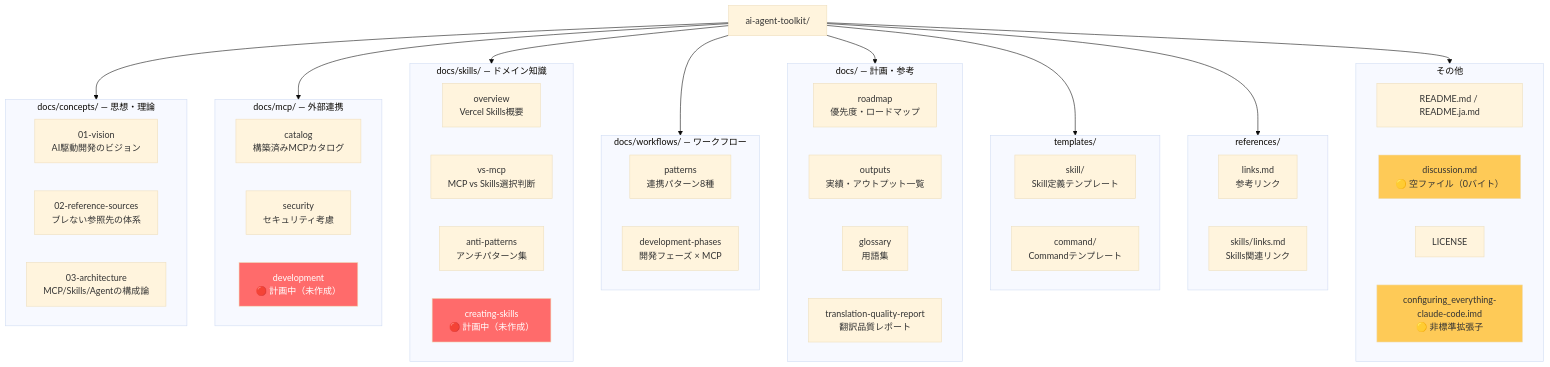
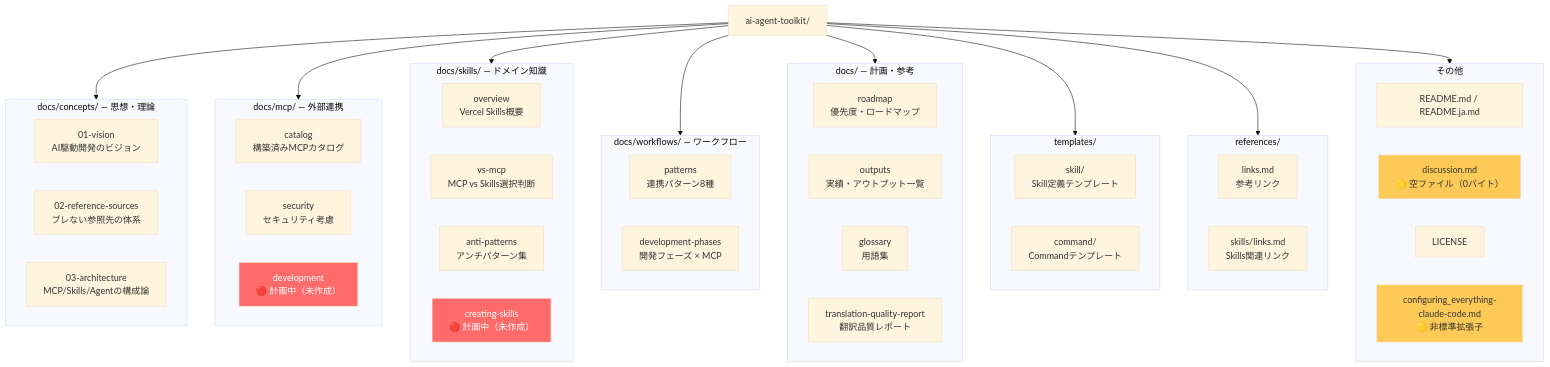
The first of 10 diagrams in ai-agent-toolkit-analysis.md (shuji-bonji/ai-agent-architecture), drawn with Mermaid (base theme) before and after one commit. The commit also changed other lines of this file and 16 other files, not shown here.

````diff
--- a/ai-agent-toolkit-analysis.md
+++ b/ai-agent-toolkit-analysis.md
@@ -17,66 +17,66 @@
 ```mermaid
 graph TB
     ROOT["ai-agent-toolkit/"]
 
     subgraph Concepts["docs/concepts/ — 思想・理論"]
         C1["01-vision<br/>AI駆動開発のビジョン"]
         C2["02-reference-sources<br/>ブレない参照先の体系"]
         C3["03-architecture<br/>MCP/Skills/Agentの構成論"]
     end
 
     subgraph MCP_Docs["docs/mcp/ — 外部連携"]
         M1["catalog<br/>構築済みMCPカタログ"]
         M2["security<br/>セキュリティ考慮"]
         M3["development<br/>🔴 計画中（未作成）"]
     end
 
     subgraph Skills_Docs["docs/skills/ — ドメイン知識"]
         S1["overview<br/>Vercel Skills概要"]
         S2["vs-mcp<br/>MCP vs Skills選択判断"]
         S3["anti-patterns<br/>アンチパターン集"]
         S4["creating-skills<br/>🔴 計画中（未作成）"]
     end
 
     subgraph Workflows_Docs["docs/workflows/ — ワークフロー"]
         W1["patterns<br/>連携パターン8種"]
         W2["development-phases<br/>開発フェーズ × MCP"]
     end
 
     subgraph Planning["docs/ — 計画・参考"]
         P1["roadmap<br/>優先度・ロードマップ"]
         P2["outputs<br/>実績・アウトプット一覧"]
         P3["glossary<br/>用語集"]
         P4["translation-quality-report<br/>翻訳品質レポート"]
     end
 
     subgraph Templates["templates/"]
         T1["skill/<br/>Skill定義テンプレート"]
         T2["command/<br/>Commandテンプレート"]
     end
 
     subgraph References["references/"]
         R1["links.md<br/>参考リンク"]
         R2["skills/links.md<br/>Skills関連リンク"]
     end
 
     subgraph Other["その他"]
         O1["README.md / README.ja.md"]
         O2["discussion.md<br/>🟡 空ファイル（0バイト）"]
         O3["LICENSE"]
-        O4["configuring_everything-claude-code.imd<br/>🟡 非標準拡張子"]
+        O4["configuring_everything-claude-code.md<br/>🟡 非標準拡張子"]
     end
 
     ROOT --> Concepts
     ROOT --> MCP_Docs
     ROOT --> Skills_Docs
     ROOT --> Workflows_Docs
     ROOT --> Planning
     ROOT --> Templates
     ROOT --> References
     ROOT --> Other
 
     style M3 fill:#ff6b6b,color:#fff
     style S4 fill:#ff6b6b,color:#fff
     style O2 fill:#feca57,color:#333
     style O4 fill:#feca57,color:#333
 ```
````
